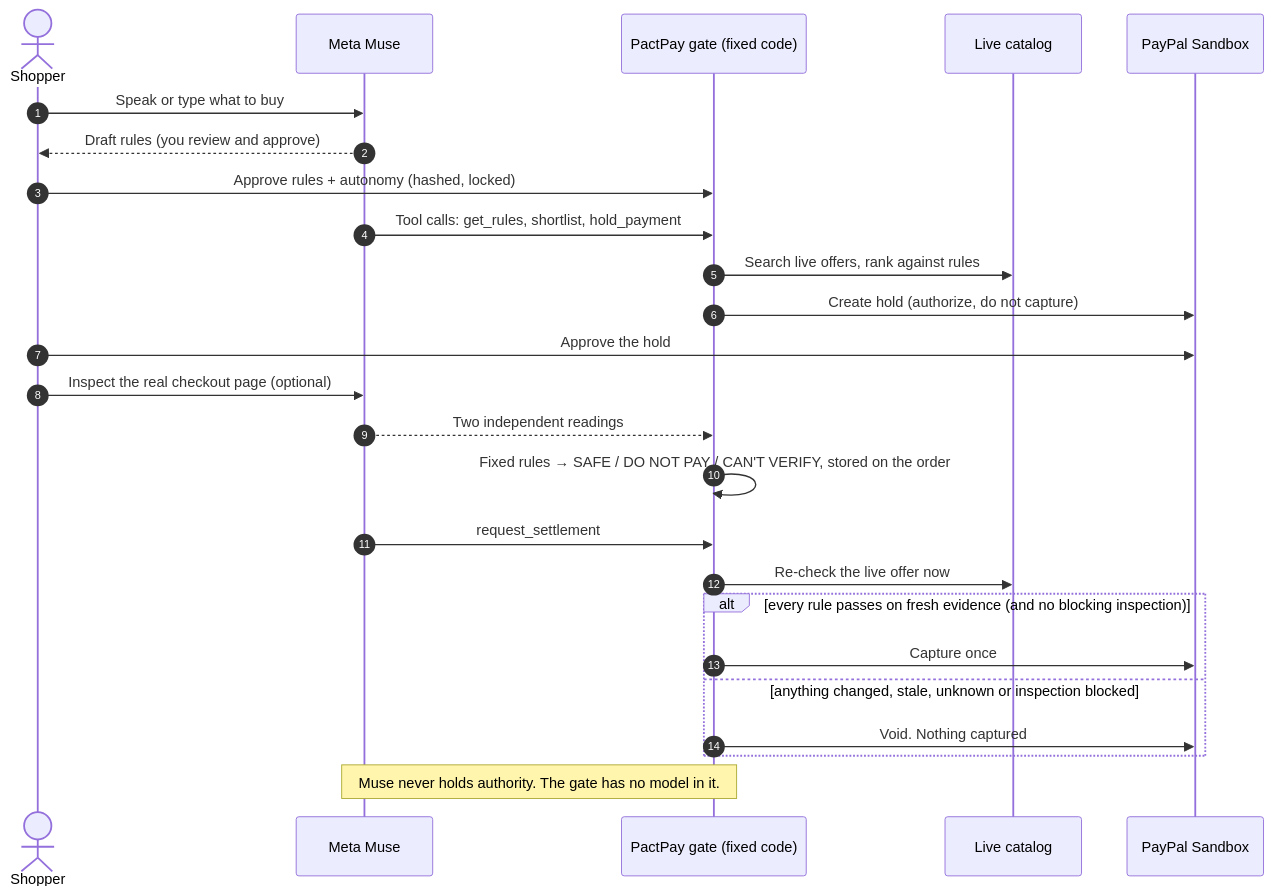
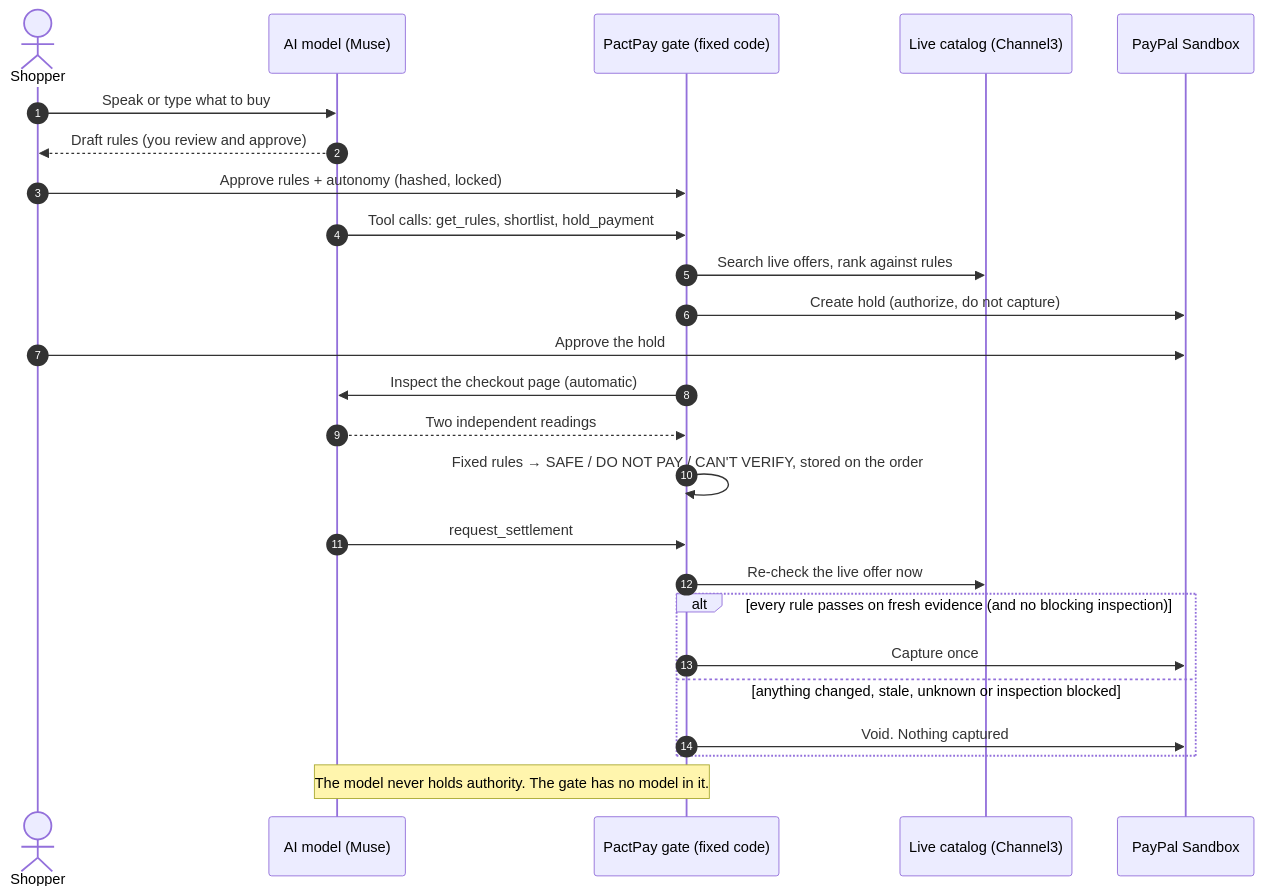
One commit to aditi75432/pactpay changed the diagram in README.md. Above: the diagram before and after it, drawn with Mermaid. The commit also changed other lines of this file, not shown here.

Commit message:
Added the live demo link

````diff
--- a/README.md
+++ b/README.md
@@ -145,27 +140,27 @@
 ```mermaid
 sequenceDiagram
     autonumber
     actor U as Shopper
-    participant M as Meta Muse
+    participant M as AI model (Muse)
     participant P as PactPay gate (fixed code)
-    participant C as Live catalog
+    participant C as Live catalog (Channel3)
     participant PP as PayPal Sandbox
     U->>M: Speak or type what to buy
     M-->>U: Draft rules (you review and approve)
     U->>P: Approve rules + autonomy (hashed, locked)
     M->>P: Tool calls: get_rules, shortlist, hold_payment
     P->>C: Search live offers, rank against rules
     P->>PP: Create hold (authorize, do not capture)
     U->>PP: Approve the hold
-    U->>M: Inspect the real checkout page (optional)
+    P->>M: Inspect the checkout page (automatic)
     M-->>P: Two independent readings
     P->>P: Fixed rules → SAFE / DO NOT PAY / CAN'T VERIFY, stored on the order
     M->>P: request_settlement
     P->>C: Re-check the live offer now
     alt every rule passes on fresh evidence (and no blocking inspection)
         P->>PP: Capture once
     else anything changed, stale, unknown or inspection blocked
         P->>PP: Void. Nothing captured
     end
-    Note over M,P: Muse never holds authority. The gate has no model in it.
+    Note over M,P: The model never holds authority. The gate has no model in it.
 ```
````
